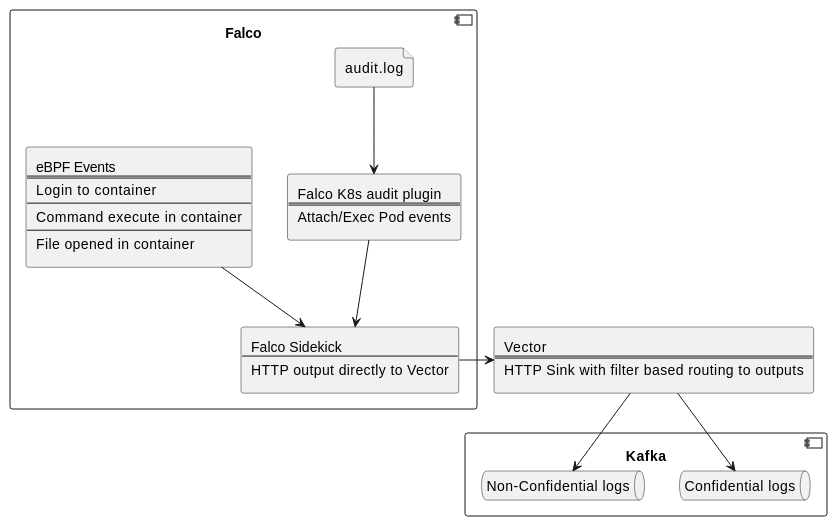
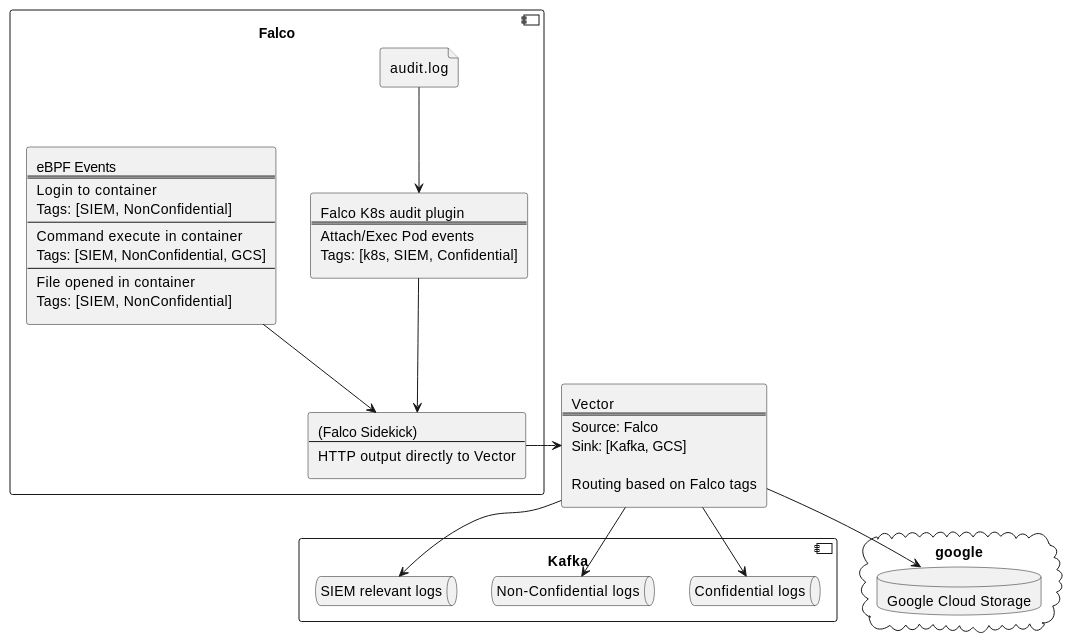
Before and after one commit to stderrat/blog-src: the diagram in content/OpenShift/2023-11-13-running-falco.org, drawn with PlantUML. The commit also changed 1 other file, not shown here.

Commit message:
pipeline update

```diff
--- a/content/OpenShift/2023-11-13-running-falco.org
+++ b/content/OpenShift/2023-11-13-running-falco.org
@@ -163,56 +163,75 @@
-#+begin_src plantuml :file ../OpenShift/images/falco/falco-pipeline.png :exports results
+#+begin_src plantuml :file ../OpenShift/images/falco/falco-pipeline.png :exports results :results none
 @startuml
 component Falco {
 	file audit.log
 
 	agent eBPF [
 	eBPF Events
 	====
 	Login to container
+	Tags: [SIEM, NonConfidential]
 	----
 	Command execute in container
+	Tags: [SIEM, NonConfidential, GCS]
 	----
 	File opened in container
+	Tags: [SIEM, NonConfidential]
 	]
 
 	agent k8saudit [
 	Falco K8s audit plugin
 	====
 	Attach/Exec Pod events
+	Tags: [k8s, SIEM, Confidential]
 	]
 
 	agent sidekick [
-	Falco Sidekick
+	(Falco Sidekick)
 	----
 	HTTP output directly to Vector
 	]
 }
 
 agent vector [
 Vector
 ====
-HTTP Sink with filter based routing to outputs
+Source: Falco
+Sink: [Kafka, GCS]
+
+Routing based on Falco tags
 ]
 
 component Kafka {
 	queue Confidential[
 	Confidential logs
 	]
 
 	queue NonConfidential[
 	Non-Confidential logs
+	]
+
+	queue SIEM[
+	SIEM relevant logs
+	]
+}
+
+cloud google {
+	database GCS[
+	Google Cloud Storage
 	]
 }
 
 
 
 audit.log --> k8saudit
 k8saudit --> sidekick
 eBPF --> sidekick
 
 sidekick -> vector
 
 vector --> Confidential
 vector --> NonConfidential
+vector --> SIEM
+vector --> GCS
 
 #+end_src
```
